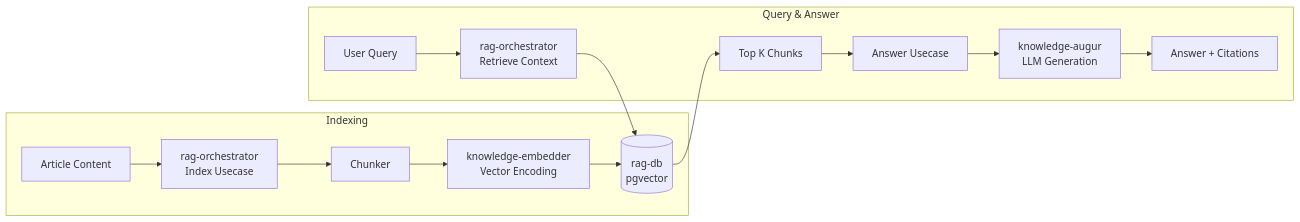
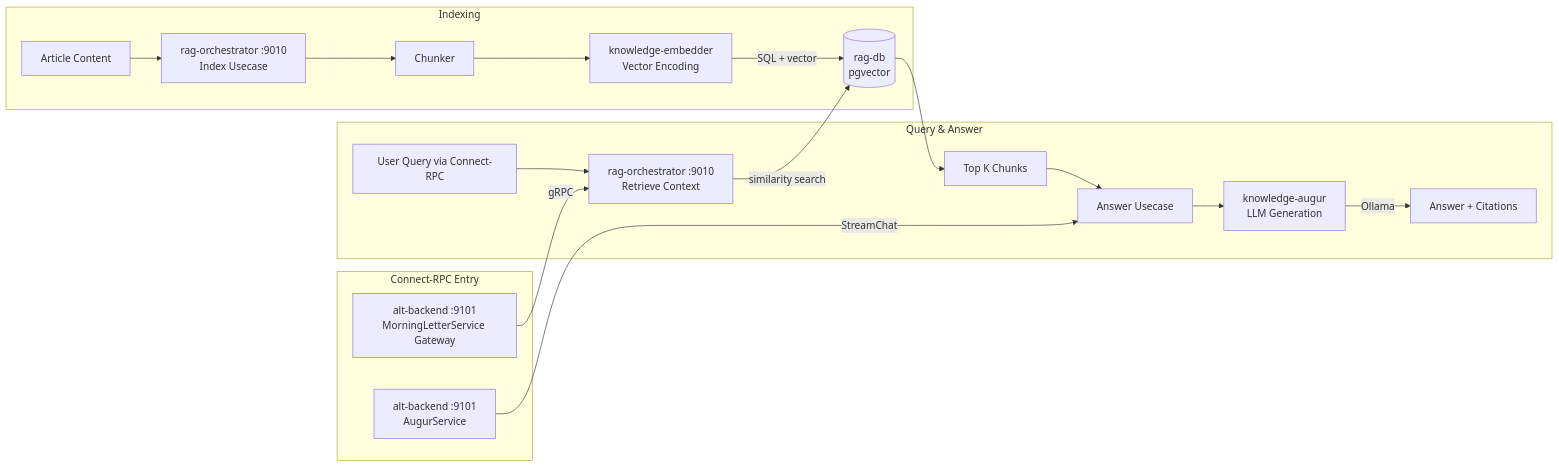
The seventh of 9 diagrams in README.md (Kaikei-e/Alt), drawn with Mermaid before and after one commit. The commit also changed other lines of this file, not shown here.

First line of the commit message:
docs: Update README with service port details and API endpoints

````diff
--- a/README.md
+++ b/README.md
@@ -423,17 +452,21 @@
 ```mermaid
 flowchart LR
     subgraph Indexing
-        Article[Article Content] --> IndexUC[rag-orchestrator<br/>Index Usecase]
+        Article[Article Content] --> IndexUC[rag-orchestrator :9010<br/>Index Usecase]
         IndexUC --> Chunk[Chunker]
         Chunk --> Embed[knowledge-embedder<br/>Vector Encoding]
-        Embed --> RagDB[(rag-db<br/>pgvector)]
+        Embed -->|SQL + vector| RagDB[(rag-db<br/>pgvector)]
     end
     subgraph "Query & Answer"
-        Query[User Query] --> Retrieve[rag-orchestrator<br/>Retrieve Context]
-        Retrieve --> RagDB
+        Query[User Query via Connect-RPC] --> Retrieve[rag-orchestrator :9010<br/>Retrieve Context]
+        Retrieve -->|similarity search| RagDB
         RagDB --> Context[Top K Chunks]
         Context --> Answer[Answer Usecase]
         Answer --> Augur[knowledge-augur<br/>LLM Generation]
-        Augur --> Response[Answer + Citations]
+        Augur -->|Ollama| Response[Answer + Citations]
+    end
+    subgraph "Connect-RPC Entry"
+        AltBackend[alt-backend :9101<br/>MorningLetterService Gateway] -->|gRPC| Retrieve
+        AltBackend2[alt-backend :9101<br/>AugurService] -->|StreamChat| Answer
     end
 ```
````
